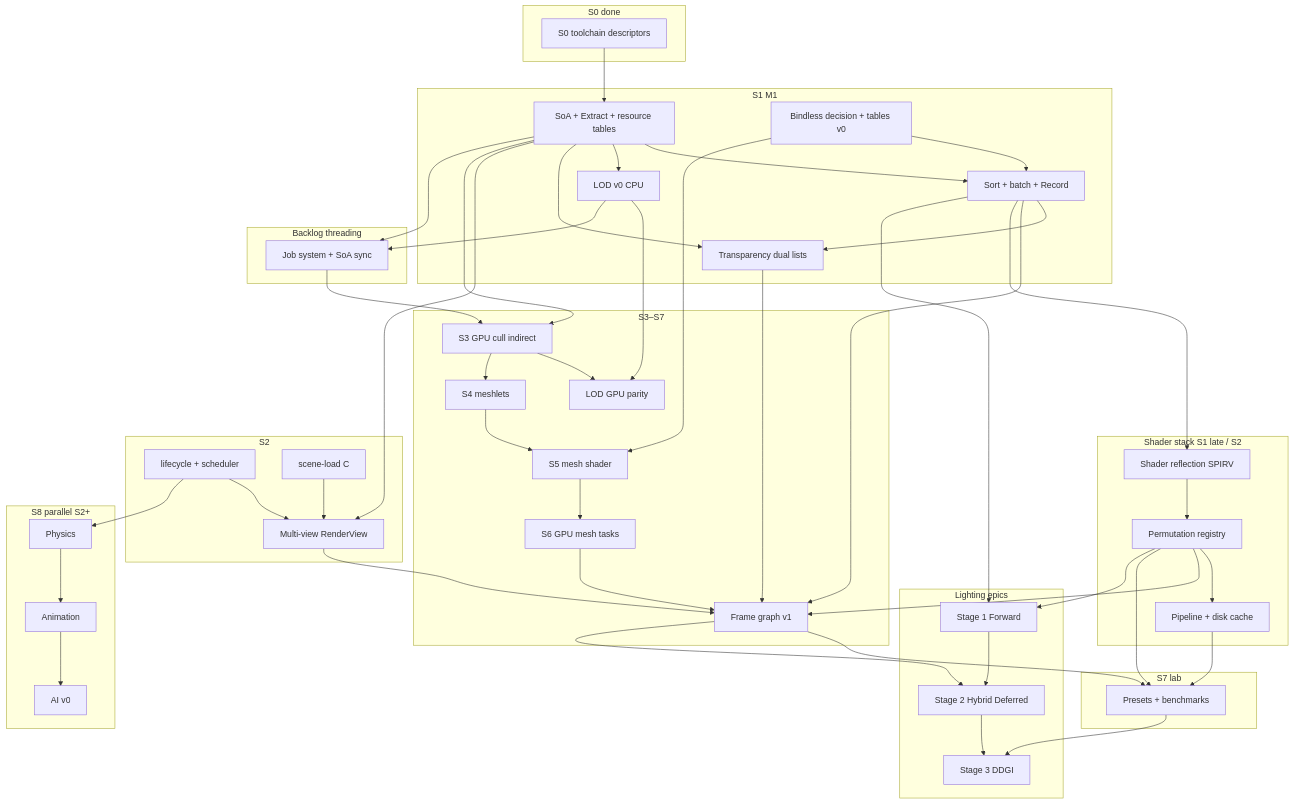
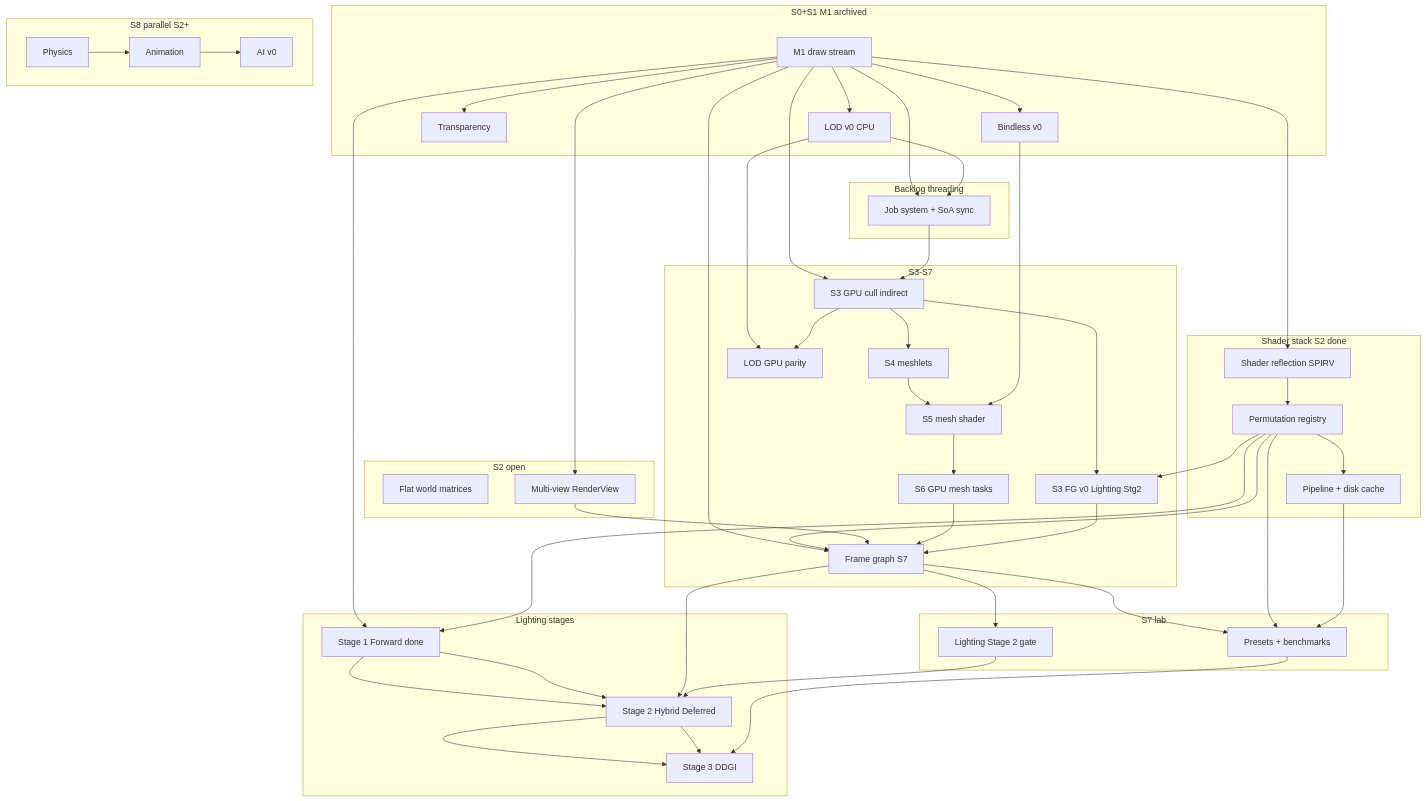
Before and after one commit to PluseggWill/SiriusEngine_VulkanReboot: the second of 2 diagrams in Docs/Active-Plan.md, drawn with Mermaid. The commit also changed other lines of this file and 6 other files, not shown here.

First line of the commit message:
[Docs] Clarify Sprint vs Lighting Stage; archive S0/S1 in Active-Plan.

````diff
--- a/Docs/Active-Plan.md
+++ b/Docs/Active-Plan.md
@@ -85,23 +143,16 @@
 ```mermaid
 flowchart TB
-  subgraph GRP_FOUNDATION [S0 done]
-    TASK_S0[S0 toolchain descriptors]
+  subgraph GRP_DONE [S0+S1 M1 archived]
+    M1[M1 draw stream]
+    TASK_LOD0[LOD v0 CPU]
+    TASK_TRANS[Transparency]
+    TASK_BINDDEC[Bindless v0]
+    M1 --> TASK_LOD0
+    M1 --> TASK_TRANS
+    M1 --> TASK_BINDDEC
   end
 
-  subgraph GRP_S1 [S1 M1]
-    TASK_SOA[SoA + Extract + resource tables]
-    TASK_SORT[Sort + batch + Record]
-    TASK_LOD0[LOD v0 CPU]
-    TASK_TRANS[Transparency dual lists]
-    TASK_BINDDEC[Bindless decision + tables v0]
-    TASK_SOA --> TASK_SORT
-    TASK_SOA --> TASK_LOD0
-    TASK_SOA --> TASK_TRANS
-    TASK_SORT --> TASK_TRANS
-    TASK_BINDDEC --> TASK_SORT
-  end
-
-  subgraph GRP_SHADER [Shader stack S1 late / S2]
+  subgraph GRP_SHADER [Shader stack S2 done]
     TASK_REFLECT[Shader reflection SPIRV]
     TASK_PERM[Permutation registry]
     TASK_CACHE[Pipeline + disk cache]
@@ -109,25 +160,24 @@
     TASK_PERM --> TASK_CACHE
   end
 
-  subgraph GRP_S2 [S2]
-    TASK_LIFE[lifecycle + scheduler]
-    TASK_SCENE[scene-load C]
+  subgraph GRP_S2 [S2 open]
+    TASK_FLAT[Flat world matrices]
     TASK_MULTICAM[Multi-view RenderView]
-    TASK_LIFE --> TASK_MULTICAM
-    TASK_SOA --> TASK_MULTICAM
+    M1 --> TASK_MULTICAM
   end
 
-  subgraph GRP_RENDER_ADV [S3–S7]
+  subgraph GRP_RENDER_ADV [S3-S7]
     TASK_GPUCULL[S3 GPU cull indirect]
+    TASK_FG0[S3 FG v0 Lighting Stg2]
     TASK_MESHLET[S4 meshlets]
     TASK_MESHSH[S5 mesh shader]
     TASK_GPUMESH[S6 GPU mesh tasks]
-    TASK_FG[Frame graph v1]
+    TASK_FG[Frame graph S7]
     TASK_LODGPU[LOD GPU parity]
-    TASK_SOA --> TASK_GPUCULL
+    M1 --> TASK_GPUCULL
     TASK_LOD0 --> TASK_LODGPU
     TASK_GPUCULL --> TASK_LODGPU
-    TASK_SORT --> TASK_FG
+    M1 --> TASK_FG
     TASK_PERM --> TASK_FG
     TASK_MULTICAM --> TASK_FG
     TASK_GPUCULL --> TASK_MESHLET
@@ -135,44 +185,48 @@
     TASK_BINDDEC --> TASK_MESHSH
     TASK_MESHSH --> TASK_GPUMESH
     TASK_GPUMESH --> TASK_FG
+    TASK_PERM --> TASK_FG0
+    TASK_GPUCULL --> TASK_FG0
+    TASK_FG0 --> TASK_FG
   end
 
   subgraph GRP_S7 [S7 lab]
     TASK_PRESET[Presets + benchmarks]
+    TASK_STG2GATE[Lighting Stage 2 gate]
     TASK_FG --> TASK_PRESET
+    TASK_FG --> TASK_STG2GATE
     TASK_PERM --> TASK_PRESET
     TASK_CACHE --> TASK_PRESET
   end
 
-  subgraph GRP_LIGHTING [Lighting epics]
-    STG_1E[Stage 1 Forward]
-    STG_2E[Stage 2 Hybrid Deferred]
-    STG_3E[Stage 3 DDGI]
-    STG_1E --> STG_2E --> STG_3E
+  subgraph GRP_LIGHTING [Lighting stages]
+    LSTG1E[Stage 1 Forward done]
+    LSTG2E[Stage 2 Hybrid Deferred]
+    LSTG3E[Stage 3 DDGI]
+    LSTG1E --> LSTG2E --> LSTG3E
   end
 
   subgraph GRP_S8 [S8 parallel S2+]
     TASK_PHYS[Physics]
     TASK_ANIM[Animation]
     TASK_AI[AI v0]
-    TASK_LIFE --> TASK_PHYS
     TASK_PHYS --> TASK_ANIM
     TASK_ANIM --> TASK_AI
   end
 
   subgraph GRP_MT [Backlog threading]
     TASK_JOBS[Job system + SoA sync]
-    TASK_SOA --> TASK_JOBS
+    M1 --> TASK_JOBS
     TASK_LOD0 --> TASK_JOBS
     TASK_JOBS --> TASK_GPUCULL
   end
 
-  TASK_S0 --> TASK_SOA
-  TASK_SORT --> TASK_REFLECT
-  TASK_SCENE --> TASK_MULTICAM
-  TASK_TRANS --> TASK_FG
-  TASK_SORT --> STG_1E
-  TASK_PERM --> STG_1E
-  TASK_FG --> STG_2E
-  TASK_PRESET --> STG_3E
+  M1 --> TASK_REFLECT
+  M1 --> LSTG1E
+  TASK_PERM --> LSTG1E
+  LSTG1E --> LSTG2E
+  TASK_FG --> LSTG2E
+  TASK_STG2GATE --> LSTG2E
+  LSTG2E --> LSTG3E
+  TASK_PRESET --> LSTG3E
 ```
````
